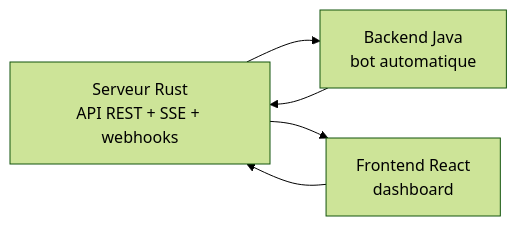
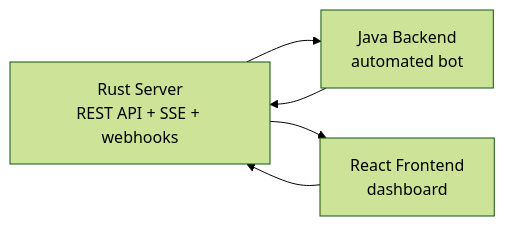
One commit to bclovis/offworld-bot-client-test changed the diagram in README.md. Above: the diagram before and after it, drawn with Mermaid (forest theme). The commit also changed other lines of this file and 31 other files, not shown here.

````diff
--- a/README.md
+++ b/README.md
@@ -11,7 +11,7 @@
 ```mermaid
 flowchart LR
-    S[Serveur Rust<br/>API REST + SSE + webhooks] --> B[Backend Java<br/>bot automatique]
-    S --> F[Frontend React<br/>dashboard]
+    S[Rust Server<br/>REST API + SSE + webhooks] --> B[Java Backend<br/>automated bot]
+    S --> F[React Frontend<br/>dashboard]
     B --> S
     F --> S
 ```
````
